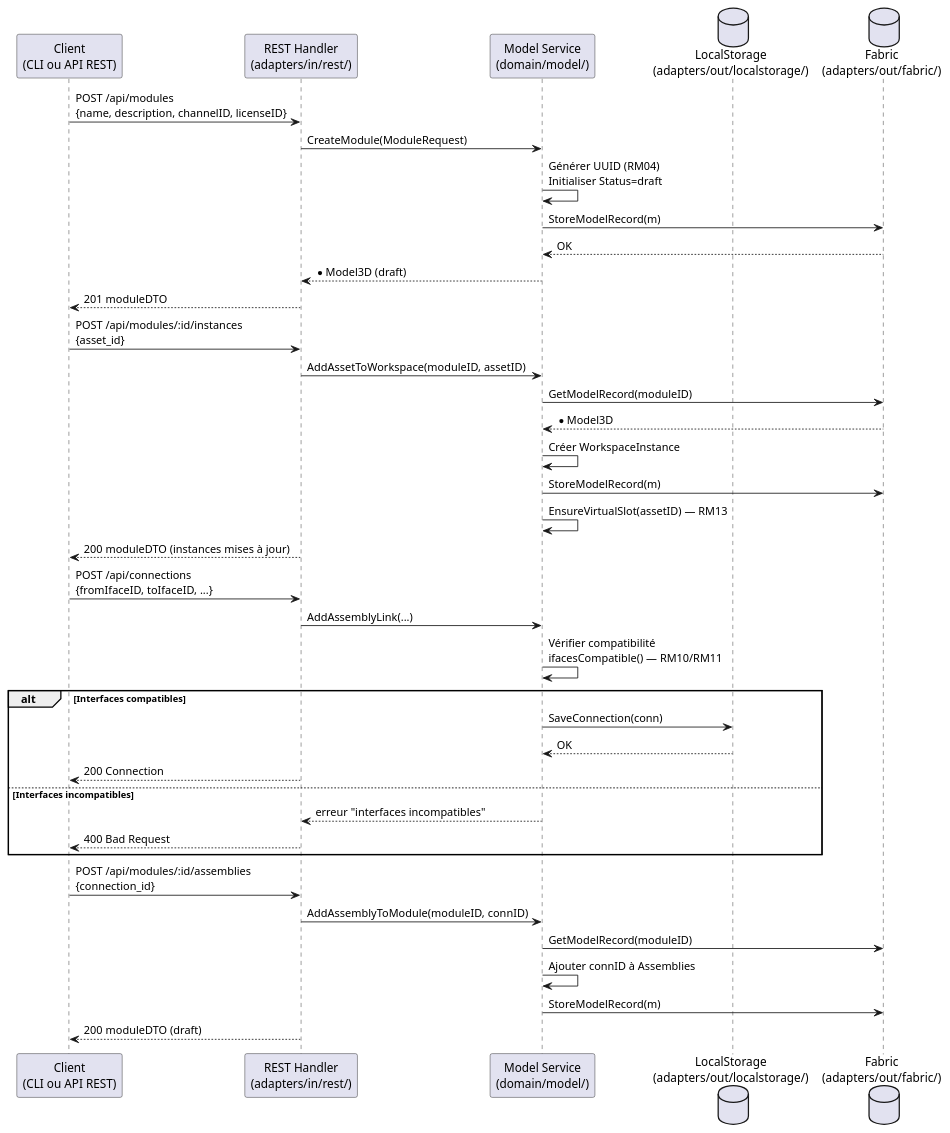
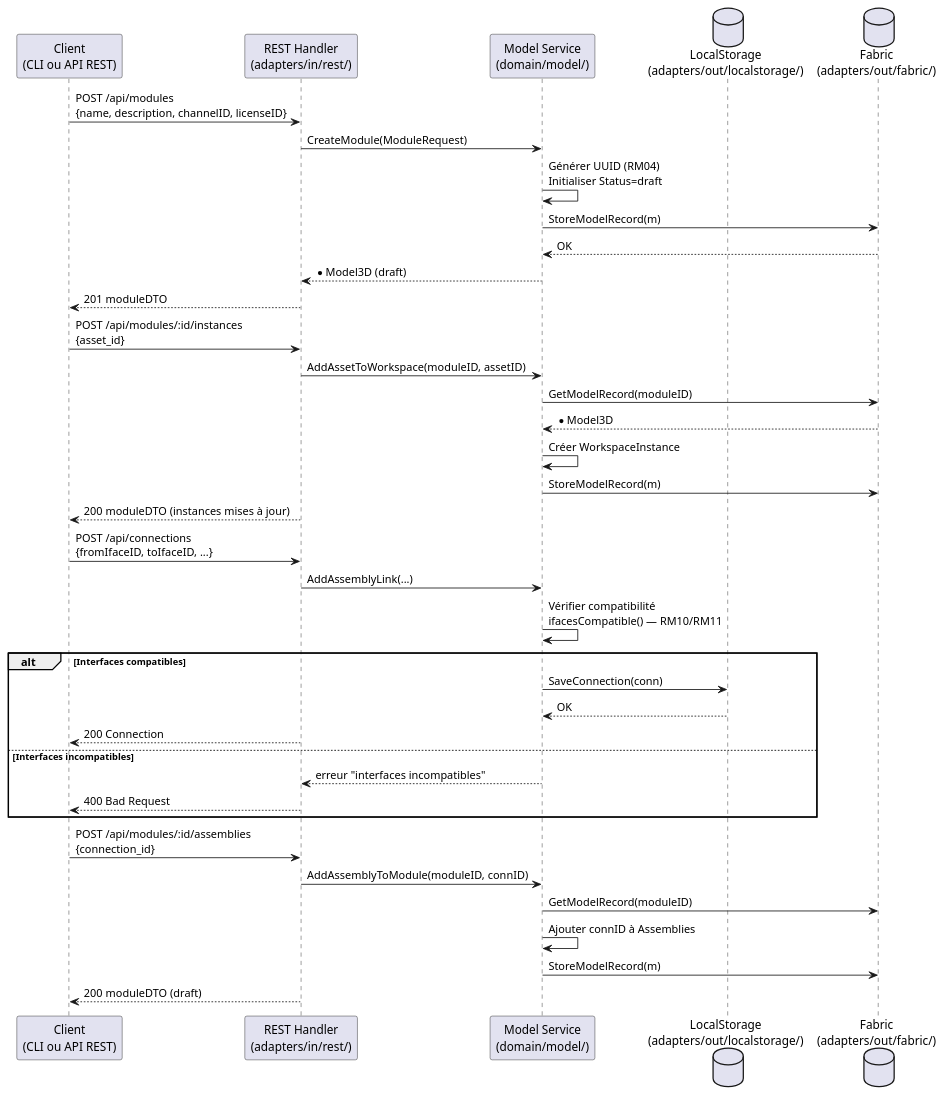
Before and after one commit to myr-forge/myr-core: the second of 3 diagrams in specs/2-Analyse/UCMOD-Module/UCMOD01.md, drawn with PlantUML. The commit also changed other lines of this file and 49 other files, not shown here.

````diff
--- a/specs/2-Analyse/UCMOD-Module/UCMOD01.md
+++ b/specs/2-Analyse/UCMOD-Module/UCMOD01.md
@@ -197,46 +168,45 @@
 ```plantuml
 @startuml
 participant "Client\n(CLI ou API REST)" as Client
 participant "REST Handler\n(adapters/in/rest/)" as REST
 participant "Model Service\n(domain/model/)" as Service
 database "LocalStorage\n(adapters/out/localstorage/)" as Local
 database "Fabric\n(adapters/out/fabric/)" as Fabric
 
 Client -> REST : POST /api/modules\n{name, description, channelID, licenseID}
 REST -> Service : CreateModule(ModuleRequest)
 Service -> Service : Générer UUID (RM04)\nInitialiser Status=draft
 Service -> Fabric : StoreModelRecord(m)
 Fabric --> Service : OK
 Service --> REST : *Model3D (draft)
 REST --> Client : 201 moduleDTO
 
 Client -> REST : POST /api/modules/:id/instances\n{asset_id}
 REST -> Service : AddAssetToWorkspace(moduleID, assetID)
 Service -> Fabric : GetModelRecord(moduleID)
 Fabric --> Service : *Model3D
 Service -> Service : Créer WorkspaceInstance
 Service -> Fabric : StoreModelRecord(m)
-Service -> Service : EnsureVirtualSlot(assetID) — RM13
 REST --> Client : 200 moduleDTO (instances mises à jour)
 
 Client -> REST : POST /api/connections\n{fromIfaceID, toIfaceID, ...}
 REST -> Service : AddAssemblyLink(...)
 Service -> Service : Vérifier compatibilité\nifacesCompatible() — RM10/RM11
 
 alt Interfaces compatibles
     Service -> Local : SaveConnection(conn)
     Local --> Service : OK
     REST --> Client : 200 Connection
 else Interfaces incompatibles
     Service --> REST : erreur "interfaces incompatibles"
     REST --> Client : 400 Bad Request
 end
 
 Client -> REST : POST /api/modules/:id/assemblies\n{connection_id}
 REST -> Service : AddAssemblyToModule(moduleID, connID)
 Service -> Fabric : GetModelRecord(moduleID)
 Service -> Service : Ajouter connID à Assemblies
 Service -> Fabric : StoreModelRecord(m)
 REST --> Client : 200 moduleDTO (draft)
 @enduml
 ```
````
